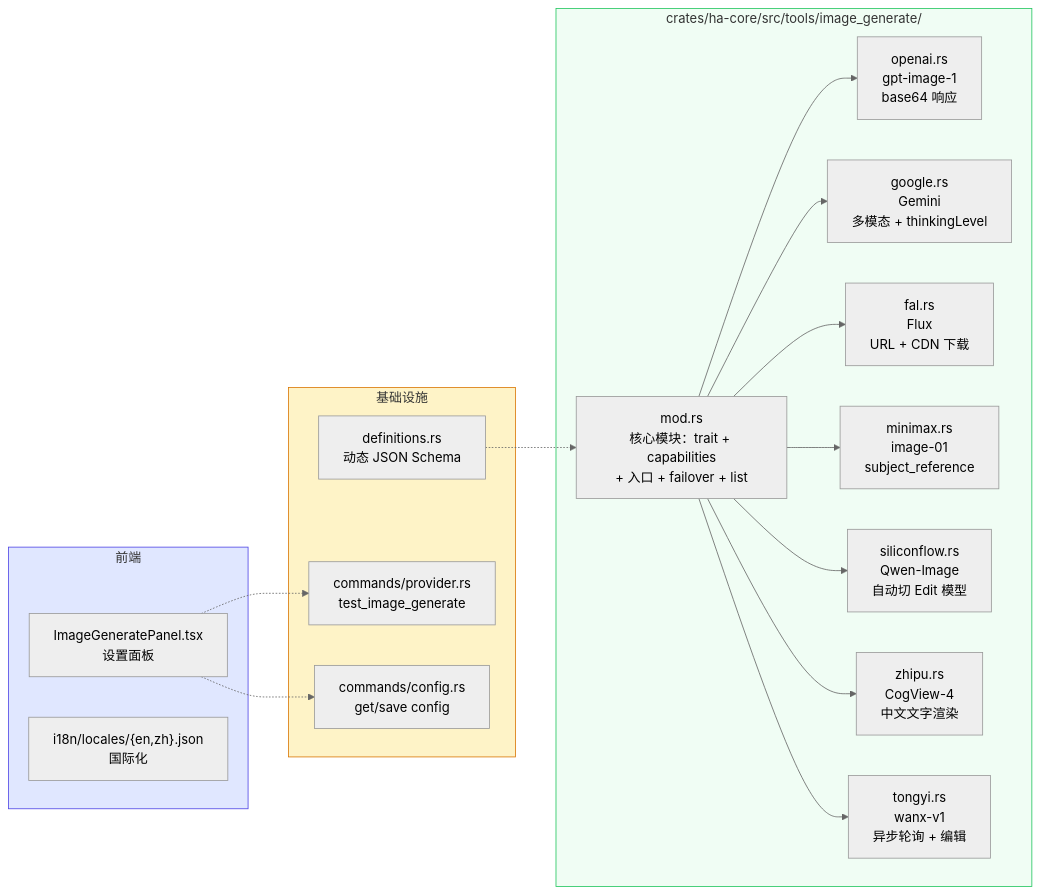
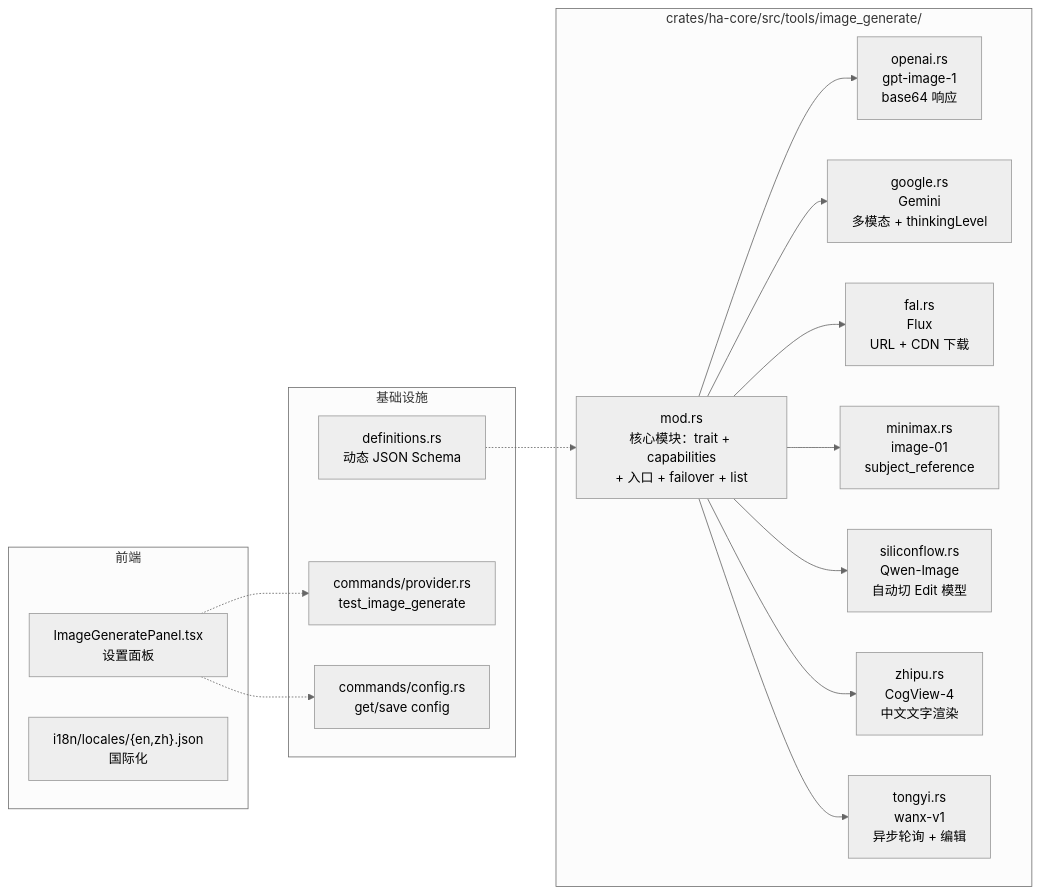
Before and after one commit to shiwenwen/hope-agent: diagram 11 of 11 in docs/architecture/image-generation.md, drawn with Mermaid (neutral theme). The commit also changed other lines of this file and 13 other files, not shown here.

First line of the commit message:
docs: 移除 mermaid 图表中的自定义背景色填充

````diff
--- a/docs/architecture/image-generation.md
+++ b/docs/architecture/image-generation.md
@@ -495,33 +473,30 @@
 ```mermaid
 graph LR
     subgraph backend["crates/ha-core/src/tools/image_generate/"]
         MOD["mod.rs<br/>核心模块：trait + capabilities<br/>+ 入口 + failover + list"]
         OAI["openai.rs<br/>gpt-image-1<br/>base64 响应"]
         GOO["google.rs<br/>Gemini<br/>多模态 + thinkingLevel"]
         FAL["fal.rs<br/>Flux<br/>URL + CDN 下载"]
         MM["minimax.rs<br/>image-01<br/>subject_reference"]
         SF["siliconflow.rs<br/>Qwen-Image<br/>自动切 Edit 模型"]
         ZP["zhipu.rs<br/>CogView-4<br/>中文文字渲染"]
         TY["tongyi.rs<br/>wanx-v1<br/>异步轮询 + 编辑"]
     end
 
     subgraph infra["基础设施"]
         DEF["definitions.rs<br/>动态 JSON Schema"]
         PRO["commands/provider.rs<br/>test_image_generate"]
         CFG["commands/config.rs<br/>get/save config"]
     end
 
     subgraph frontend["前端"]
         PANEL["ImageGeneratePanel.tsx<br/>设置面板"]
         I18N["i18n/locales/{en,zh}.json<br/>国际化"]
     end
 
     MOD --> OAI & GOO & FAL & MM & SF & ZP & TY
     DEF -.-> MOD
     PANEL -.-> CFG
     PANEL -.-> PRO
 
-    style backend fill:#f0fdf4,stroke:#22c55e
-    style infra fill:#fef3c7,stroke:#d97706
-    style frontend fill:#e0e7ff,stroke:#4f46e5
 ```
````
